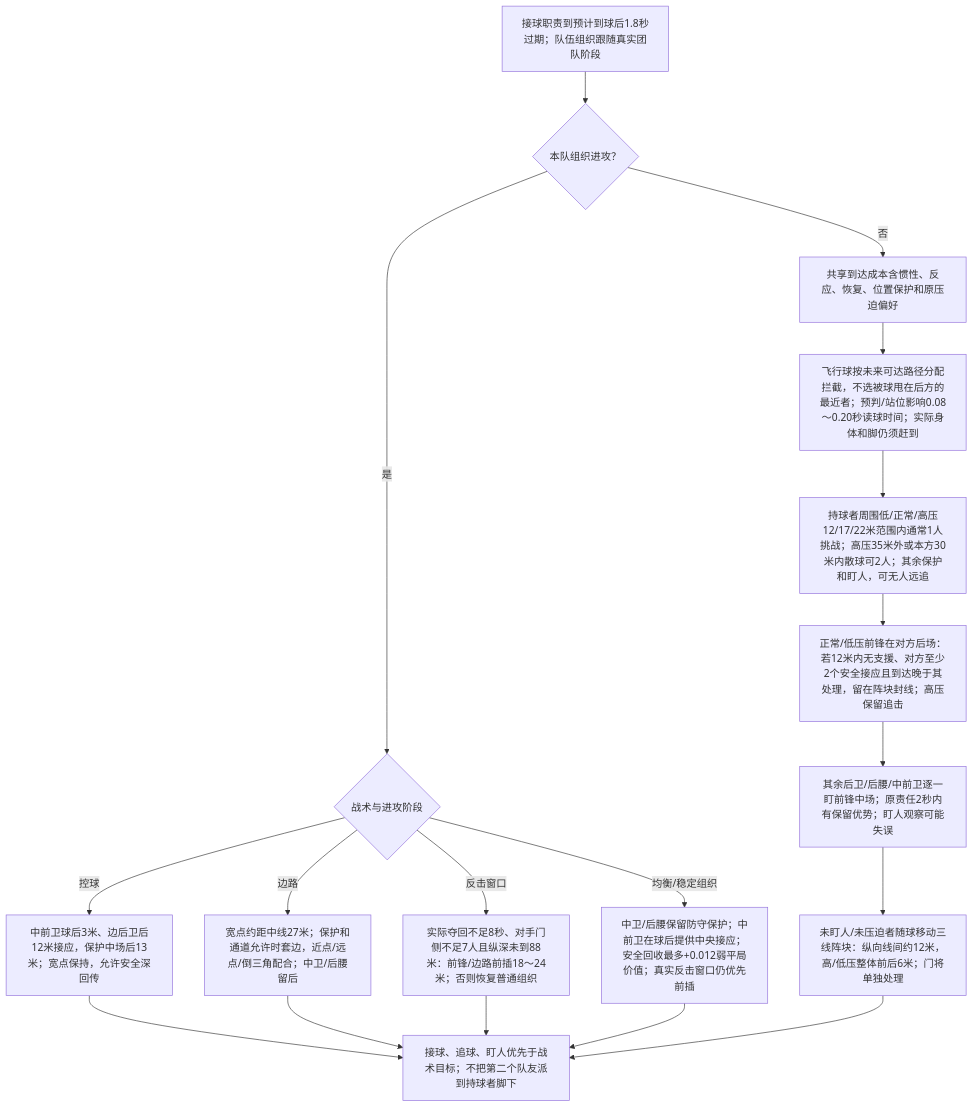
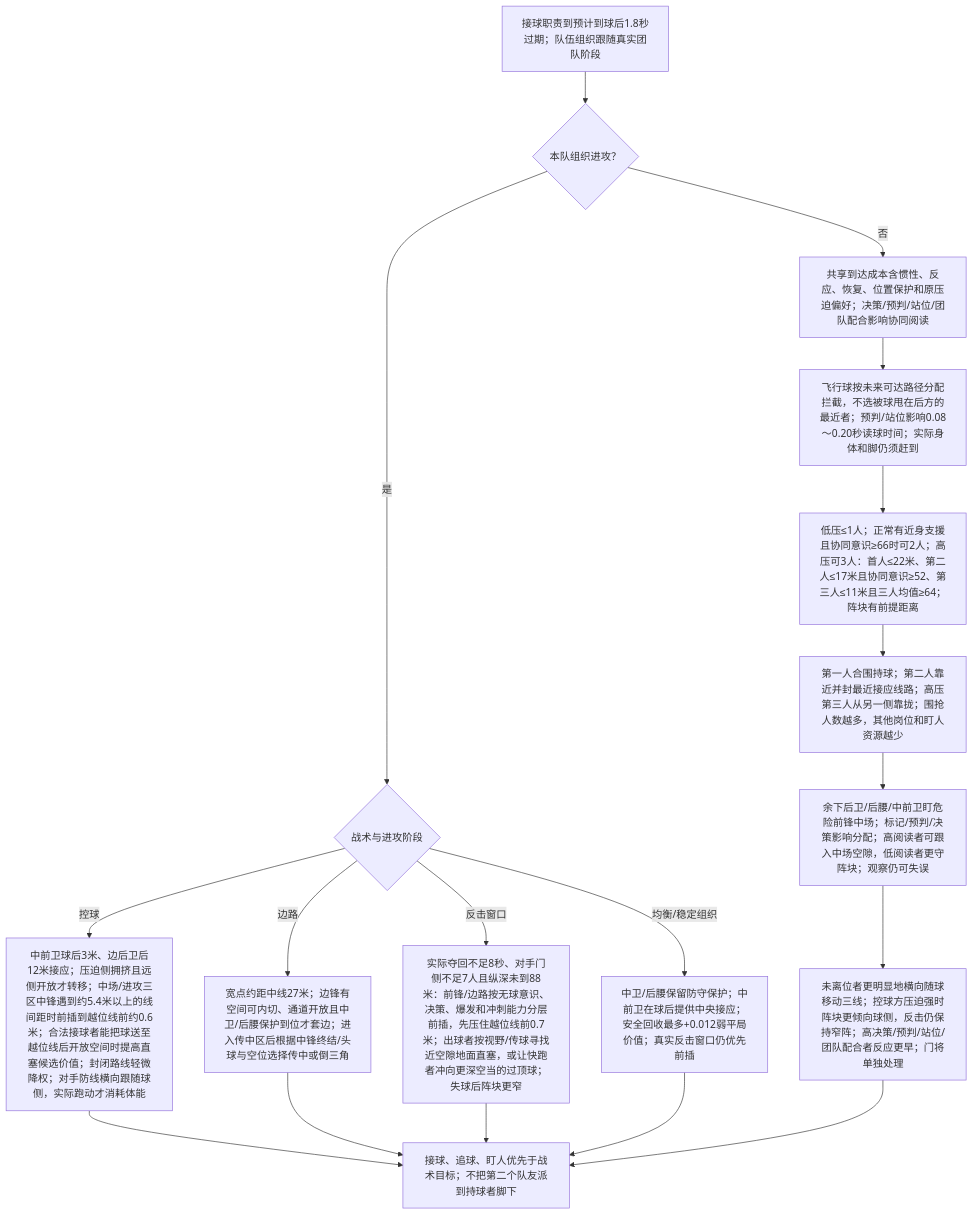
One commit to sixu3575/touchline-manager changed the second of 7 diagrams in packages/shared/modules/matches/design/PLAYER_DECISION_MAP.md. Above: the diagram before and after it, drawn with Mermaid. The commit also changed other lines of this file and 27 other files, not shown here.

````diff
--- a/packages/shared/modules/matches/design/PLAYER_DECISION_MAP.md
+++ b/packages/shared/modules/matches/design/PLAYER_DECISION_MAP.md
@@ -49,20 +49,20 @@
 ```mermaid
 flowchart TD
   R0["接球职责到预计到球后1.8秒过期；队伍组织跟随真实团队阶段"] --> R1{"本队组织进攻？"}
-  R1 -->|否| R2["共享到达成本含惯性、反应、恢复、位置保护和原压迫偏好"]
+  R1 -->|否| R2["共享到达成本含惯性、反应、恢复、位置保护和原压迫偏好；决策/预判/站位/团队配合影响协同阅读"]
   R2 --> RF["飞行球按未来可达路径分配拦截，不选被球甩在后方的最近者；预判/站位影响0.08～0.20秒读球时间；实际身体和脚仍须赶到"]
-  RF --> R3["持球者周围低/正常/高压12/17/22米范围内通常1人挑战；高压35米外或本方30米内散球可2人；其余保护和盯人，可无人远追"]
-  R3 --> RX["正常/低压前锋在对方后场：若12米内无支援、对方至少2个安全接应且到达晚于其处理，留在阵块封线；高压保留追击"]
-  RX --> R4["其余后卫/后腰/中前卫逐一盯前锋中场；原责任2秒内有保留优势；盯人观察可能失误"]
-  R4 --> R5["未盯人/未压迫者随球移动三线阵块：纵向线间约12米，高/低压整体前后6米；门将单独处理"]
+  RF --> R3["低压≤1人；正常有近身支援且协同意识≥66时可2人；高压可3人：首人≤22米、第二人≤17米且协同意识≥52、第三人≤11米且三人均值≥64；阵块有前提距离"]
+  R3 --> RX["第一人合围持球；第二人靠近并封最近接应线路；高压第三人从另一侧靠拢；围抢人数越多，其他岗位和盯人资源越少"]
+  RX --> R4["余下后卫/后腰/中前卫盯危险前锋中场；标记/预判/决策影响分配；高阅读者可跟入中场空隙，低阅读者更守阵块；观察仍可失误"]
+  R4 --> R5["未离位者更明显地横向随球移动三线；控球方压迫强时阵块更倾向球侧，反击仍保持窄阵；高决策/预判/站位/团队配合者反应更早；门将单独处理"]
   R1 -->|是| R6{"战术与进攻阶段"}
-  R6 -->|控球| RP["中前卫球后3米、边后卫后12米接应，保护中场后13米；宽点保持，允许安全深回传"]
-  R6 -->|边路| RW["宽点约距中线27米；保护和通道允许时套边，近点/远点/倒三角配合；中卫/后腰留后"]
-  R6 -->|反击窗口| RC["实际夺回不足8秒、对手门侧不足7人且纵深未到88米：前锋/边路前插18～24米；否则恢复普通组织"]
+  R6 -->|控球| RP["中前卫球后3米、边后卫后12米接应；压迫侧拥挤且远侧开放才转移；中场/进攻三区中锋遇到约5.4米以上的线间距时前插到越位线前约0.6米；合法接球者能把球送至越位线后开放空间时提高直塞候选价值；封闭路线轻微降权；对手防线横向跟随球侧，实际跑动才消耗体能"]
+  R6 -->|边路| RW["宽点约距中线27米；边锋有空间可内切、通道开放且中卫/后腰保护到位才套边；进入传中区后根据中锋终结/头球与空位选择传中或倒三角"]
+  R6 -->|反击窗口| RC["实际夺回不足8秒、对手门侧不足7人且纵深未到88米：前锋/边路按无球意识、决策、爆发和冲刺能力分层前插，先压住越位线前0.7米；出球者按视野/传球寻找近空隙地面直塞，或让快跑者冲向更深空当的过顶球；失球后阵块更窄"]
   R6 -->|均衡/稳定组织| RB["中卫/后腰保留防守保护；中前卫在球后提供中央接应；安全回收最多+0.012弱平局价值；真实反击窗口仍优先前插"]
   RP --> R7["接球、追球、盯人优先于战术目标；不把第二个队友派到持球者脚下"]
   RW --> R7
   RC --> R7
   RB --> R7
   R5 --> R7
 ```
````
